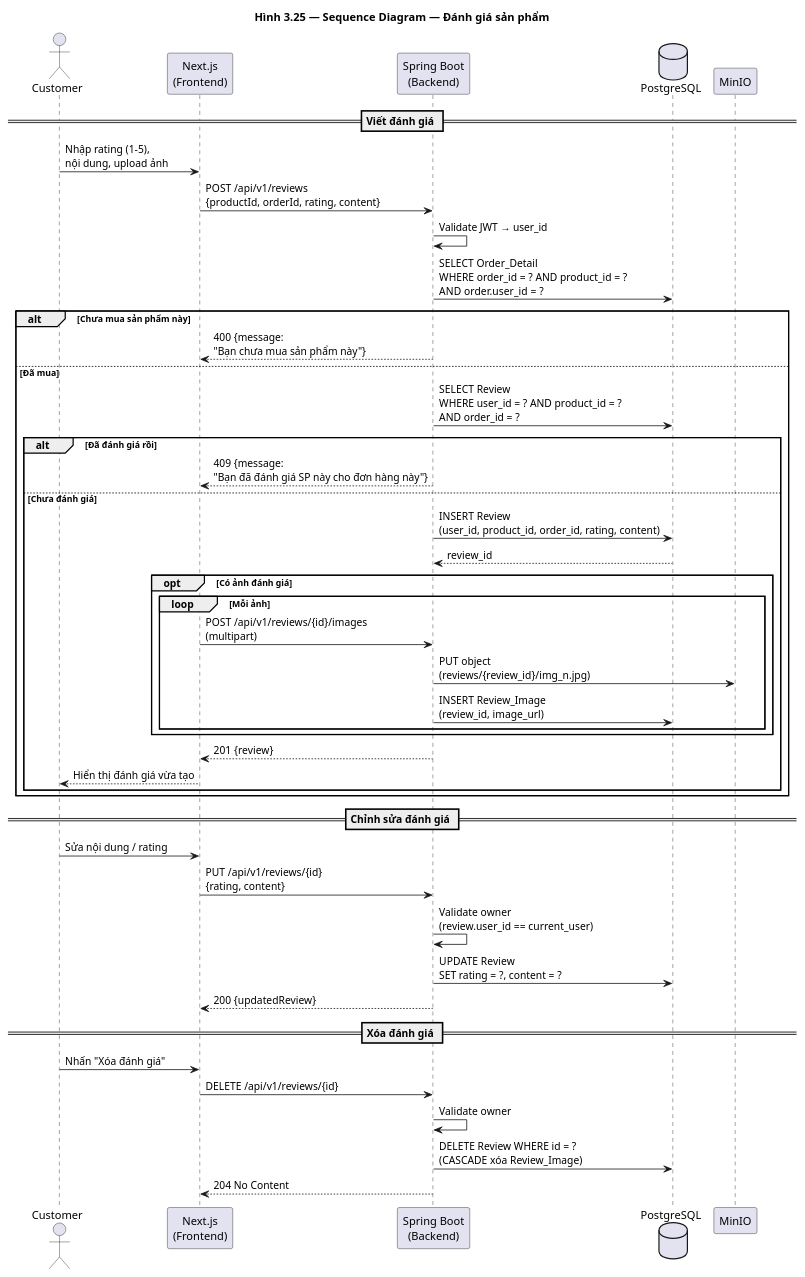
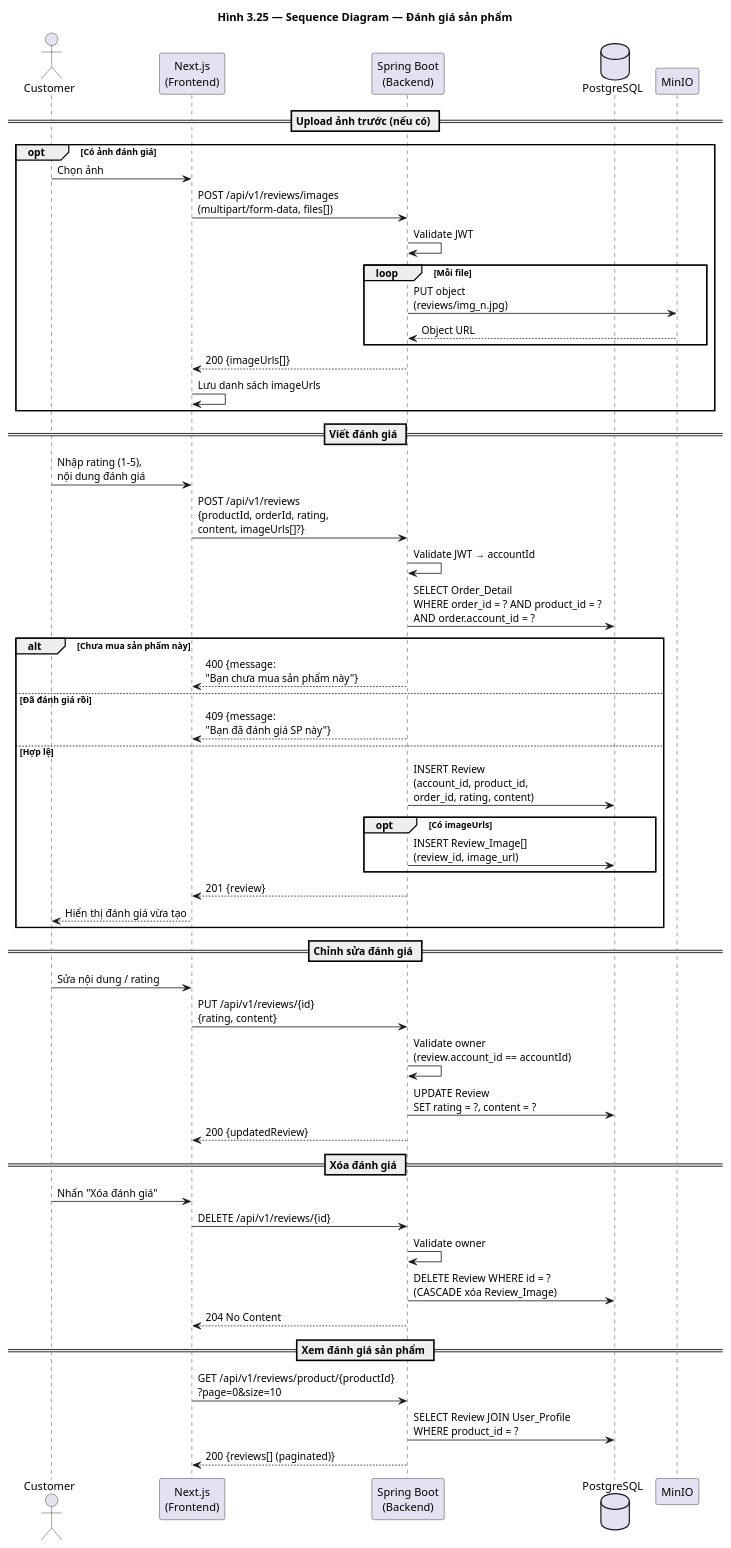
One commit to huuhieu56/PC-Parts-ECommerce changed the diagram in docs/diagrams/seq_review.puml. Above: the diagram before and after it, drawn with PlantUML. The commit also changed 28 other files, not shown here.

Commit message:
refactor: update sequence diagrams and order service logic to reflect authorization-based access and decoupled cart merging

```diff
--- a/docs/diagrams/seq_review.puml
+++ b/docs/diagrams/seq_review.puml
@@ -1,53 +1,61 @@
 @startuml seq_review
 title Hình 3.25 — Sequence Diagram — Đánh giá sản phẩm
 
 actor Customer
 participant "Next.js\n(Frontend)" as FE
 participant "Spring Boot\n(Backend)" as BE
 database "PostgreSQL" as DB
 participant "MinIO" as Storage
 
+== Upload ảnh trước (nếu có) ==
+opt Có ảnh đánh giá
+    Customer -> FE : Chọn ảnh
+    FE -> BE : POST /api/v1/reviews/images\n(multipart/form-data, files[])
+    BE -> BE : Validate JWT
+    loop Mỗi file
+        BE -> Storage : PUT object\n(reviews/img_n.jpg)
+        Storage --> BE : Object URL
+    end
+    BE --> FE : 200 {imageUrls[]}
+    FE -> FE : Lưu danh sách imageUrls
+end
+
 == Viết đánh giá ==
-Customer -> FE : Nhập rating (1-5),\nnội dung, upload ảnh
-FE -> BE : POST /api/v1/reviews\n{productId, orderId, rating, content}
-BE -> BE : Validate JWT → user_id
+Customer -> FE : Nhập rating (1-5),\nnội dung đánh giá
+FE -> BE : POST /api/v1/reviews\n{productId, orderId, rating,\ncontent, imageUrls[]?}
+BE -> BE : Validate JWT → accountId
 
-BE -> DB : SELECT Order_Detail\nWHERE order_id = ? AND product_id = ?\nAND order.user_id = ?
+BE -> DB : SELECT Order_Detail\nWHERE order_id = ? AND product_id = ?\nAND order.account_id = ?
 alt Chưa mua sản phẩm này
     BE --> FE : 400 {message:\n"Bạn chưa mua sản phẩm này"}
-else Đã mua
-    BE -> DB : SELECT Review\nWHERE user_id = ? AND product_id = ?\nAND order_id = ?
-    alt Đã đánh giá rồi
-        BE --> FE : 409 {message:\n"Bạn đã đánh giá SP này cho đơn hàng này"}
-    else Chưa đánh giá
-        BE -> DB : INSERT Review\n(user_id, product_id, order_id, rating, content)
-        DB --> BE : review_id
-
-        opt Có ảnh đánh giá
-            loop Mỗi ảnh
-                FE -> BE : POST /api/v1/reviews/{id}/images\n(multipart)
-                BE -> Storage : PUT object\n(reviews/{review_id}/img_n.jpg)
-                BE -> DB : INSERT Review_Image\n(review_id, image_url)
-            end
-        end
-
-        BE --> FE : 201 {review}
-        FE --> Customer : Hiển thị đánh giá vừa tạo
+else Đã đánh giá rồi
+    BE --> FE : 409 {message:\n"Bạn đã đánh giá SP này"}
+else Hợp lệ
+    BE -> DB : INSERT Review\n(account_id, product_id,\norder_id, rating, content)
+    opt Có imageUrls
+        BE -> DB : INSERT Review_Image[]\n(review_id, image_url)
     end
+    BE --> FE : 201 {review}
+    FE --> Customer : Hiển thị đánh giá vừa tạo
 end
 
 == Chỉnh sửa đánh giá ==
 Customer -> FE : Sửa nội dung / rating
 FE -> BE : PUT /api/v1/reviews/{id}\n{rating, content}
-BE -> BE : Validate owner\n(review.user_id == current_user)
+BE -> BE : Validate owner\n(review.account_id == accountId)
 BE -> DB : UPDATE Review\nSET rating = ?, content = ?
 BE --> FE : 200 {updatedReview}
 
 == Xóa đánh giá ==
 Customer -> FE : Nhấn "Xóa đánh giá"
 FE -> BE : DELETE /api/v1/reviews/{id}
 BE -> BE : Validate owner
 BE -> DB : DELETE Review WHERE id = ?\n(CASCADE xóa Review_Image)
 BE --> FE : 204 No Content
 
+== Xem đánh giá sản phẩm ==
+FE -> BE : GET /api/v1/reviews/product/{productId}\n?page=0&size=10
+BE -> DB : SELECT Review JOIN User_Profile\nWHERE product_id = ?
+BE --> FE : 200 {reviews[] (paginated)}
+
 @enduml
```
